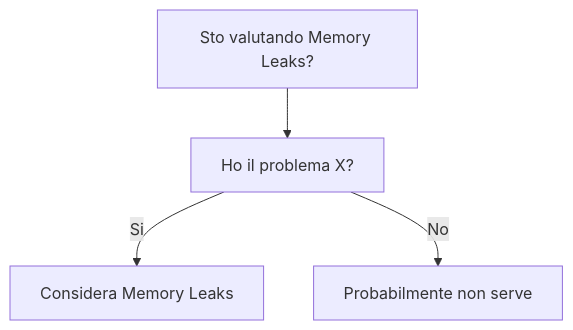
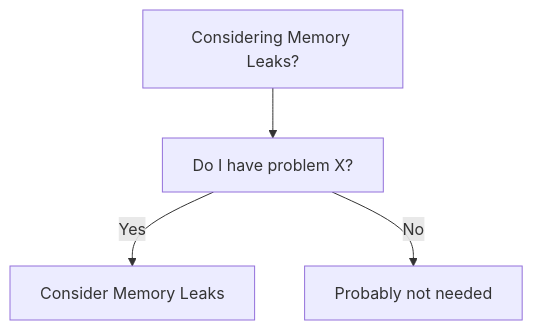
Before and after one commit to HxT9/Software-Dev-Wiki: the diagram in dev-wiki/11_Performance/Memory_Leaks/When_To_Use.md, drawn with Mermaid. The commit also changed other lines of this file and 3444 other files, not shown here.

````diff
--- a/dev-wiki/11_Performance/Memory_Leaks/When_To_Use.md
+++ b/dev-wiki/11_Performance/Memory_Leaks/When_To_Use.md
@@ -19,6 +19,6 @@
 ```mermaid
 flowchart TD
-  Q[Sto valutando Memory Leaks?] --> Q1[Ho il problema X?]
-  Q1 -->|Si| OK[Considera Memory Leaks]
-  Q1 -->|No| NO[Probabilmente non serve]
+  Q[Considering Memory Leaks?] --> Q1[Do I have problem X?]
+  Q1 -->|Yes| OK[Consider Memory Leaks]
+  Q1 -->|No| NO[Probably not needed]
 ```
````
